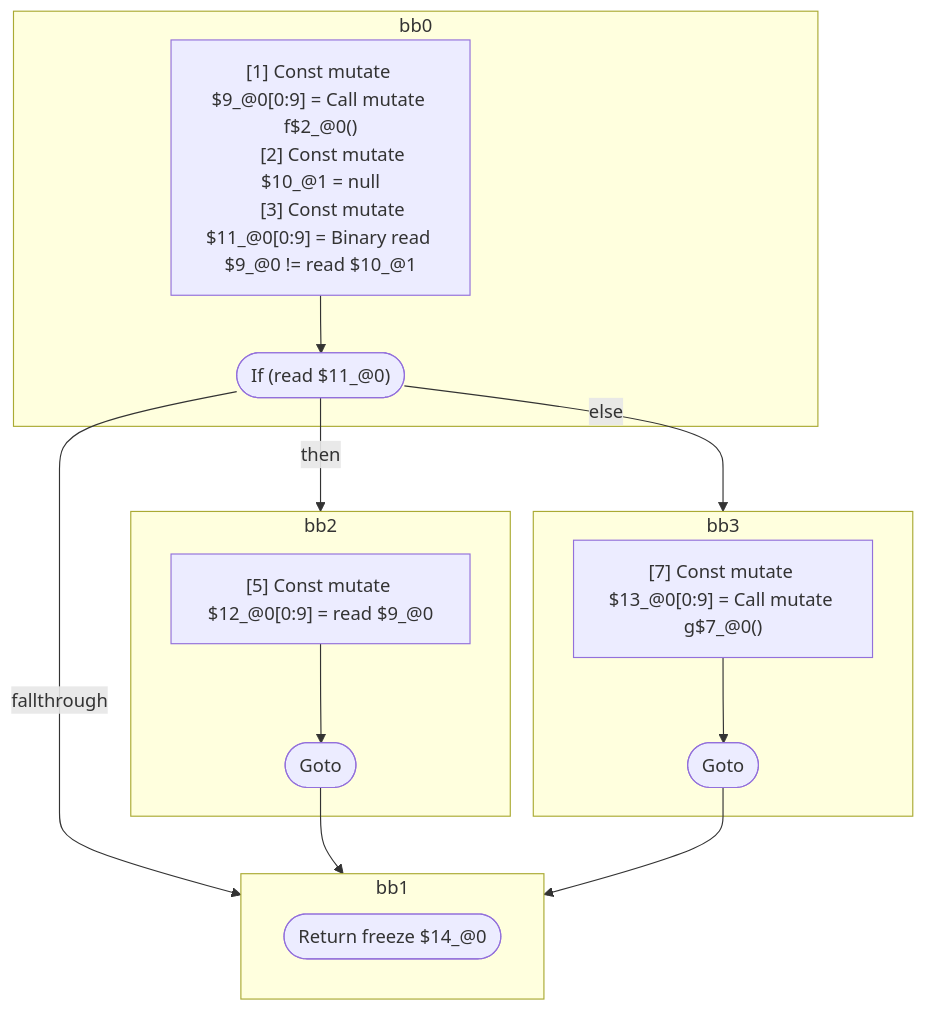
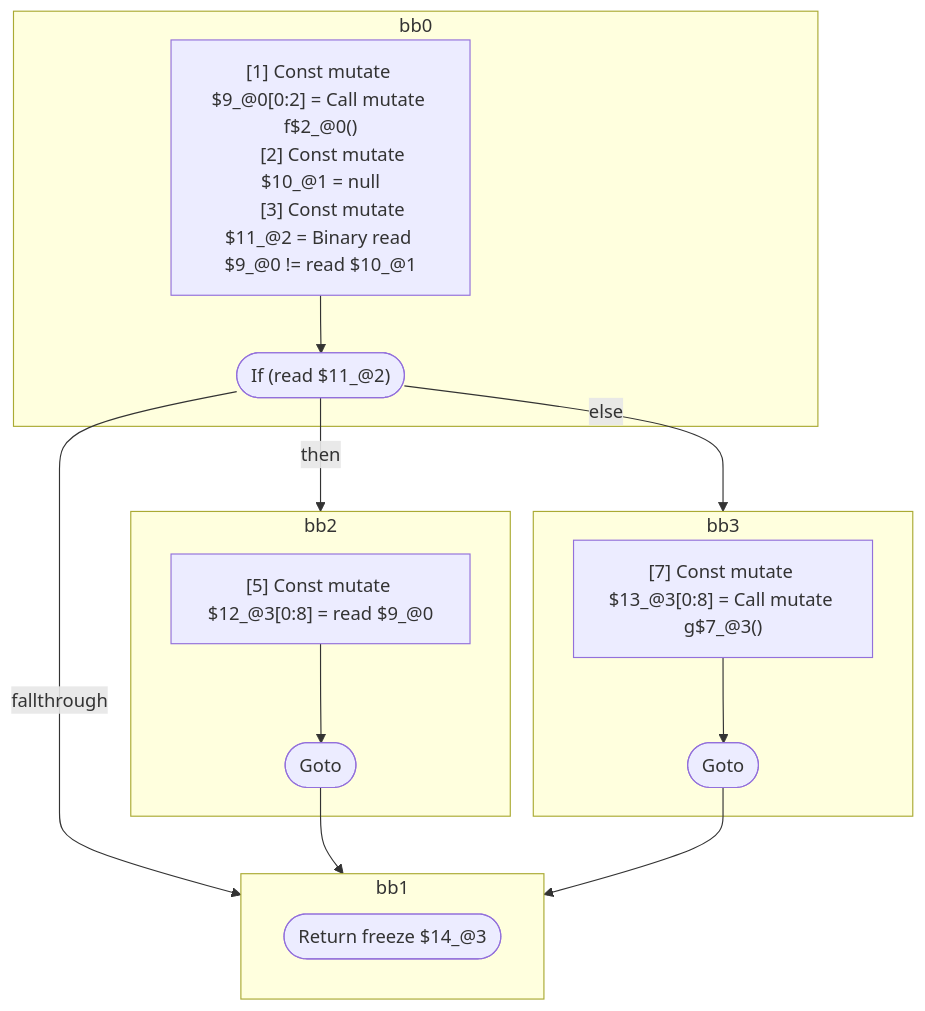
The third of 5 diagrams in compiler/forget/src/__tests__/fixtures/hir/logical-expression.expect.md (wutsmog/private), drawn with Mermaid before and after one commit. The commit also changed other lines of this file and 4 other files, not shown here.

````diff
--- a/compiler/forget/src/__tests__/fixtures/hir/logical-expression.expect.md
+++ b/compiler/forget/src/__tests__/fixtures/hir/logical-expression.expect.md
@@ -183,35 +185,35 @@
 ```mermaid
 flowchart TB
   %% Basic Blocks
   subgraph bb0
     bb0_instrs["
-      [1] Const mutate $9_@0[0:9] = Call mutate f$2_@0()
+      [1] Const mutate $9_@0[0:2] = Call mutate f$2_@0()
       [2] Const mutate $10_@1 = null
-      [3] Const mutate $11_@0[0:9] = Binary read $9_@0 != read $10_@1
+      [3] Const mutate $11_@2 = Binary read $9_@0 != read $10_@1
     "]
-    bb0_instrs --> bb0_terminal(["If (read $11_@0)"])
+    bb0_instrs --> bb0_terminal(["If (read $11_@2)"])
   end
   subgraph bb2
     bb2_instrs["
-      [5] Const mutate $12_@0[0:9] = read $9_@0
+      [5] Const mutate $12_@3[0:8] = read $9_@0
     "]
     bb2_instrs --> bb2_terminal(["Goto"])
   end
   subgraph bb3
     bb3_instrs["
-      [7] Const mutate $13_@0[0:9] = Call mutate g$7_@0()
+      [7] Const mutate $13_@3[0:8] = Call mutate g$7_@3()
     "]
     bb3_instrs --> bb3_terminal(["Goto"])
   end
   subgraph bb1
-    bb1_terminal(["Return freeze $14_@0"])
+    bb1_terminal(["Return freeze $14_@3"])
   end
 
   %% Jumps
   bb0_terminal -- "then" --> bb2
   bb0_terminal -- "else" --> bb3
   bb0_terminal -- "fallthrough" --> bb1
   bb2_terminal --> bb1
   bb3_terminal --> bb1
 
 ```
````
